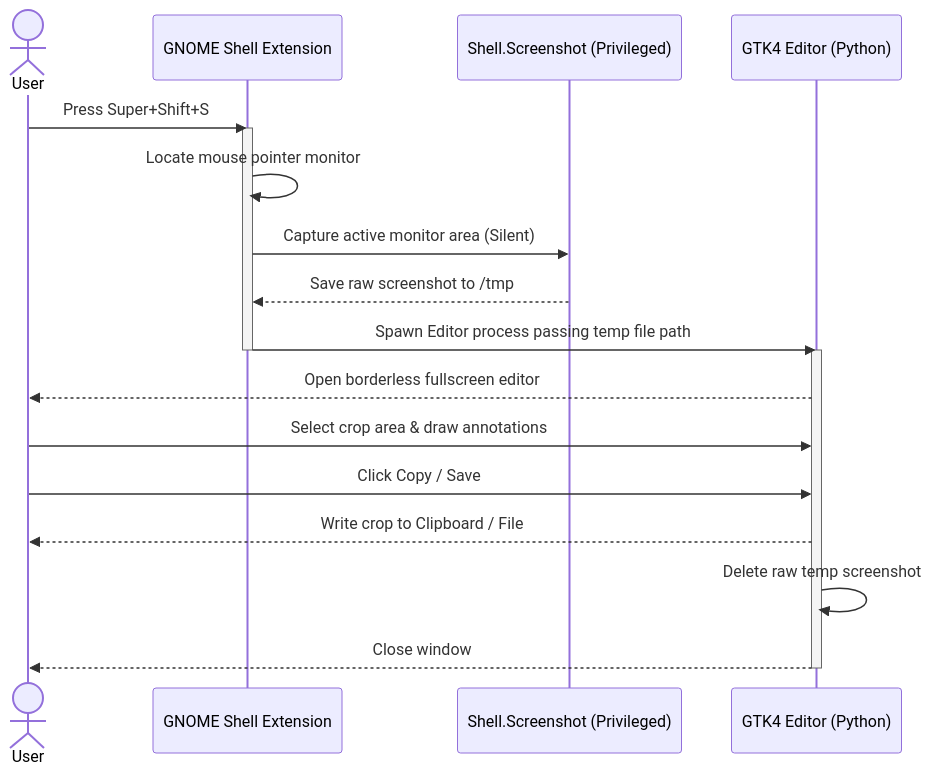
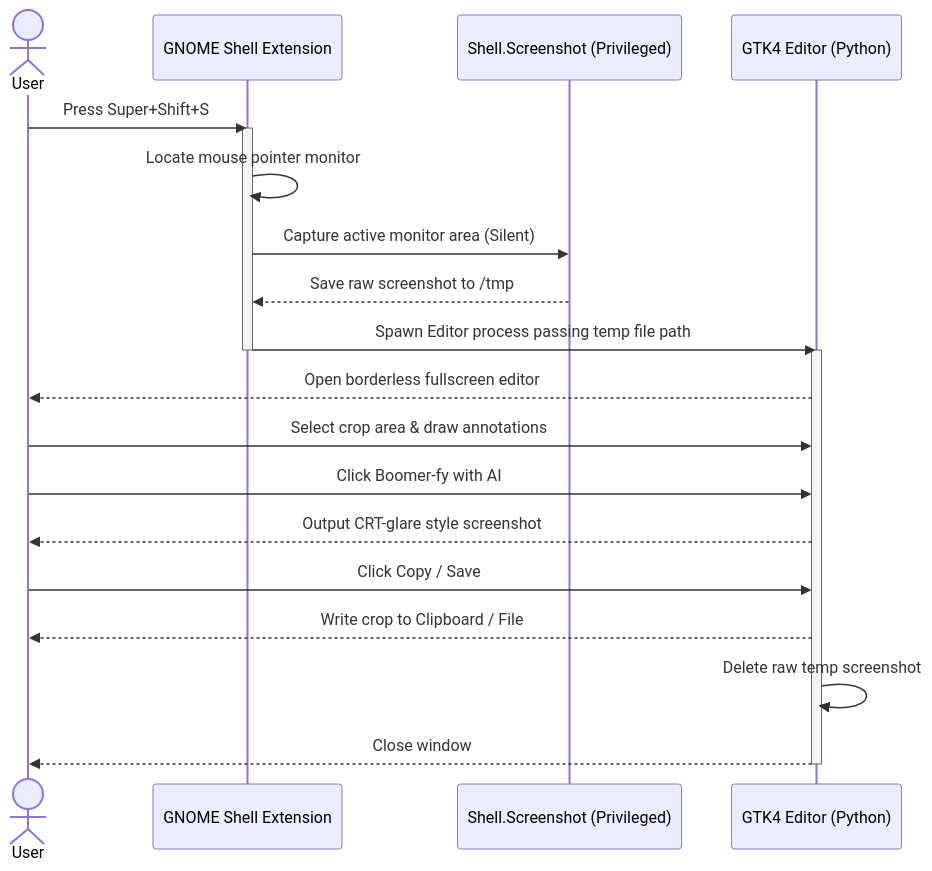
The diagram in README.md (merklejerk/boomer-shot), drawn with Mermaid before and after one commit. The commit also changed other lines of this file, not shown here.

````diff
--- a/README.md
+++ b/README.md
@@ -58,23 +54,25 @@
 ```mermaid
 sequenceDiagram
     actor User
     participant WM as GNOME Shell Extension
     participant Sys as Shell.Screenshot (Privileged)
     participant Editor as GTK4 Editor (Python)
 
     User->>WM: Press Super+Shift+S
     activate WM
     WM->>WM: Locate mouse pointer monitor
     WM->>Sys: Capture active monitor area (Silent)
     Sys-->>WM: Save raw screenshot to /tmp
     WM->>Editor: Spawn Editor process passing temp file path
     deactivate WM
     activate Editor
     Editor-->>User: Open borderless fullscreen editor
     User->>Editor: Select crop area & draw annotations
+    User->>Editor: Click Boomer-fy with AI
+    Editor-->>User: Output CRT-glare style screenshot
     User->>Editor: Click Copy / Save
     Editor-->>User: Write crop to Clipboard / File
     Editor->>Editor: Delete raw temp screenshot
     Editor-->>User: Close window
     deactivate Editor
 ```
````
